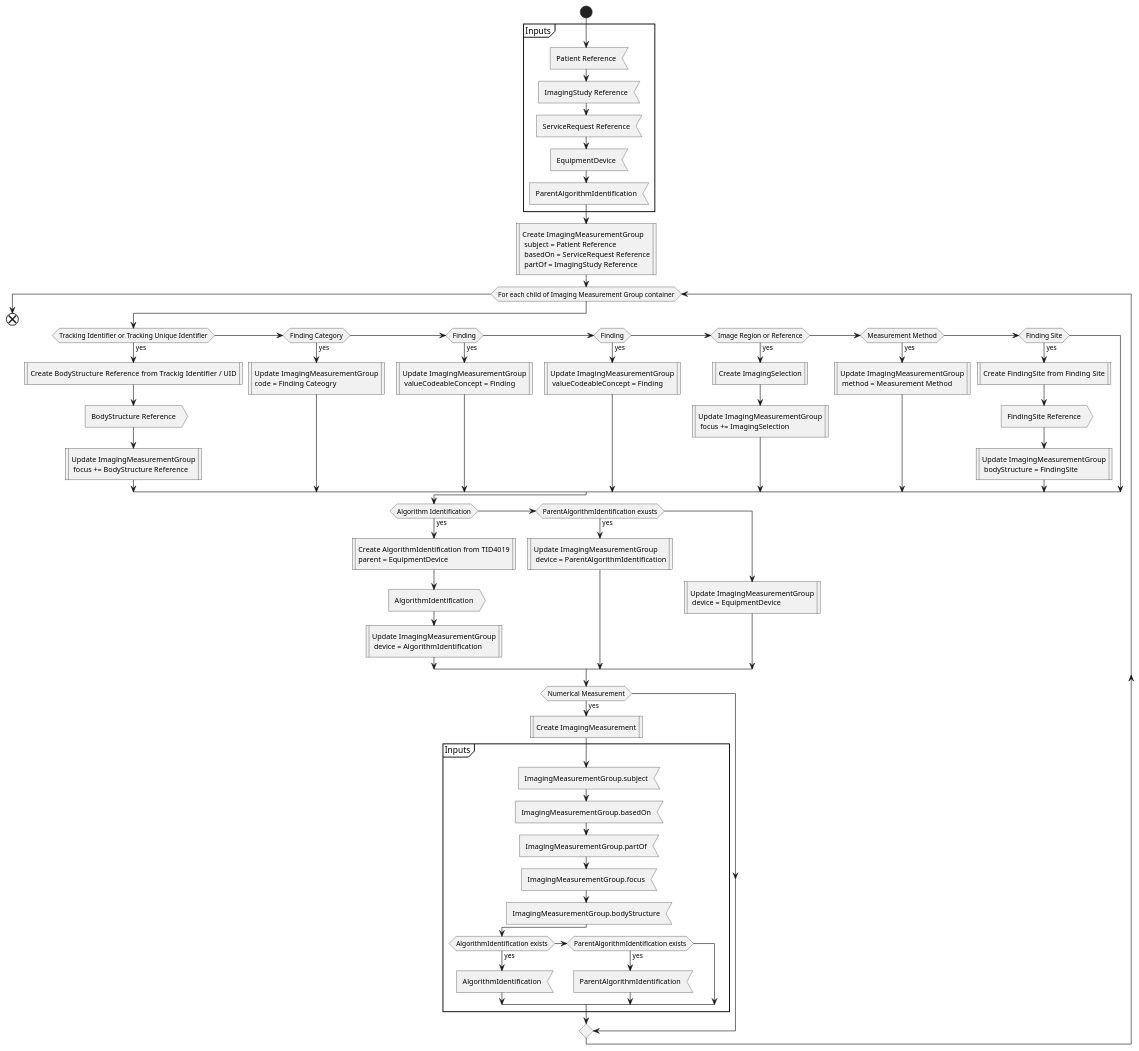
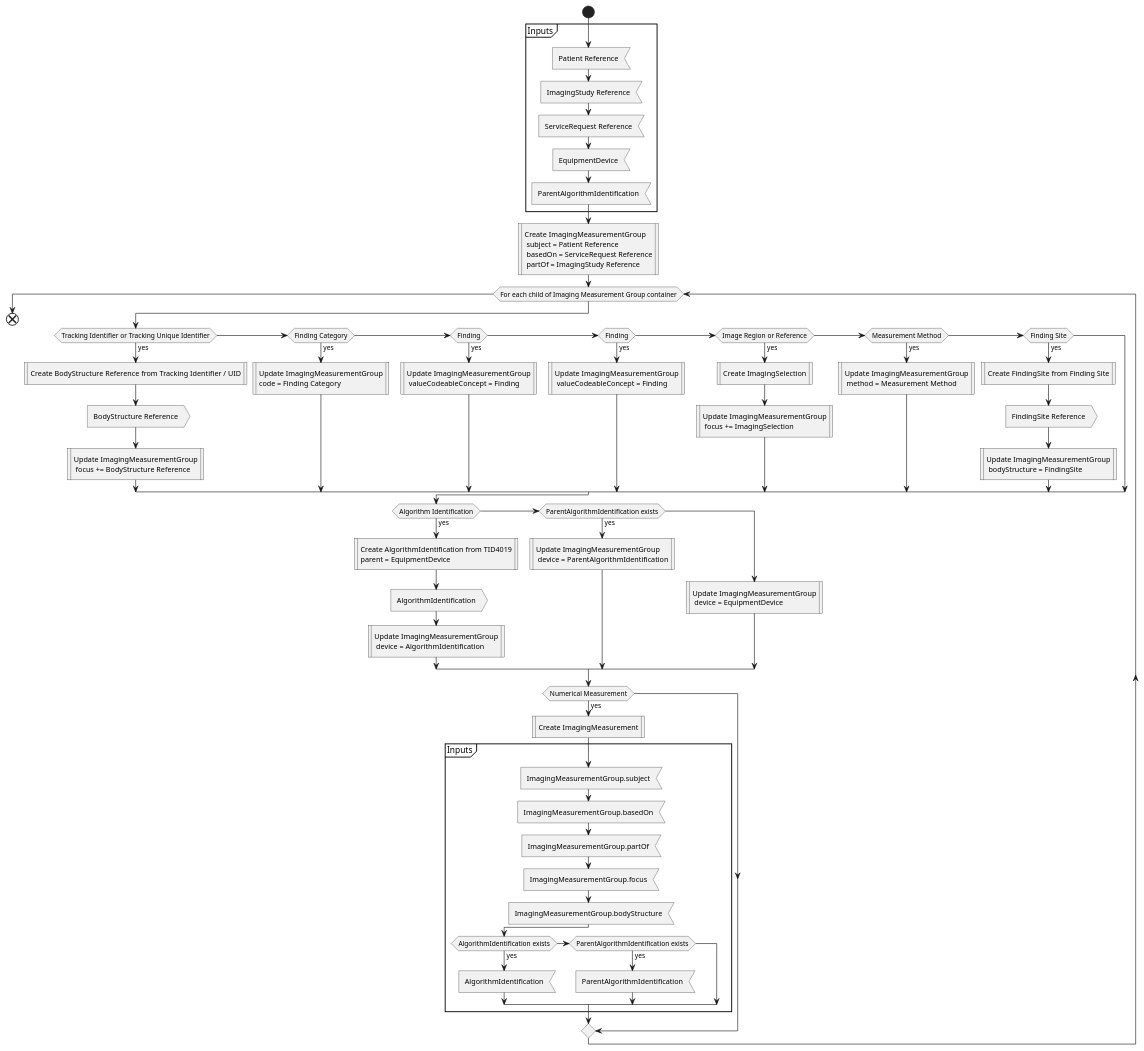
One commit to HL7/dicom-sr changed the diagram in input/images-source/imaging_measurement_group_workflow.plantuml. Above: the diagram before and after it, drawn with PlantUML. The commit also changed 12 other files, not shown here.

```diff
--- a/input/images-source/imaging_measurement_group_workflow.plantuml
+++ b/input/images-source/imaging_measurement_group_workflow.plantuml
@@ -1,87 +1,87 @@
 @startuml imaging_measurement_group_workflow
 start
 
 partition "Inputs" {
     :Patient Reference<
     :ImagingStudy Reference<
     :ServiceRequest Reference<
     :EquipmentDevice<
     :ParentAlgorithmIdentification<
 }
 
 :Create ImagingMeasurementGroup
  subject = Patient Reference
  basedOn = ServiceRequest Reference
  partOf = ImagingStudy Reference|
 
 while (For each child of Imaging Measurement Group container)
 
   if (Tracking Identifier or Tracking Unique Identifier) then (yes)
-   :Create BodyStructure Reference from Trackig Identifier / UID|
+   :Create BodyStructure Reference from Tracking Identifier / UID|
    :BodyStructure Reference>
    :Update ImagingMeasurementGroup
     focus += BodyStructure Reference|
   
   elseif (Finding Category) then (yes)
    :Update ImagingMeasurementGroup
-   code = Finding Cateogry|
+   code = Finding Category|
   
   elseif (Finding) then (yes)
    :Update ImagingMeasurementGroup
     valueCodeableConcept = Finding|
   
   elseif (Finding) then (yes)
    :Update ImagingMeasurementGroup
     valueCodeableConcept = Finding|
   
   elseif (Image Region or Reference) then (yes)
    :Create ImagingSelection|
    :Update ImagingMeasurementGroup
     focus += ImagingSelection|
   
   elseif (Measurement Method) then (yes)
    :Update ImagingMeasurementGroup
     method = Measurement Method|
   
   elseif (Finding Site) then (yes)
    :Create FindingSite from Finding Site|
    :FindingSite Reference>
    :Update ImagingMeasurementGroup
     bodyStructure = FindingSite|
   endif
   
   if (Algorithm Identification) then (yes)
    :Create AlgorithmIdentification from TID4019 
    parent = EquipmentDevice|
    :AlgorithmIdentification>
    :Update ImagingMeasurementGroup
     device = AlgorithmIdentification|
-  elseif (ParentAlgorithmIdentification exusts) then (yes)
+  elseif (ParentAlgorithmIdentification exists) then (yes)
    :Update ImagingMeasurementGroup
     device = ParentAlgorithmIdentification|
   else
    :Update ImagingMeasurementGroup
     device = EquipmentDevice|
   endif
 
   if (Numerical Measurement) then (yes)
    :Create ImagingMeasurement|
    partition "Inputs" {
     :ImagingMeasurementGroup.subject<
     :ImagingMeasurementGroup.basedOn<
     :ImagingMeasurementGroup.partOf<
     :ImagingMeasurementGroup.focus<
     :ImagingMeasurementGroup.bodyStructure<
     if (AlgorithmIdentification exists) then (yes)
     :AlgorithmIdentification<
     elseif (ParentAlgorithmIdentification exists) then (yes)
     :ParentAlgorithmIdentification<
     endif
    }
     
   endif
 
 endwhile
 
 end
 @enduml
```
